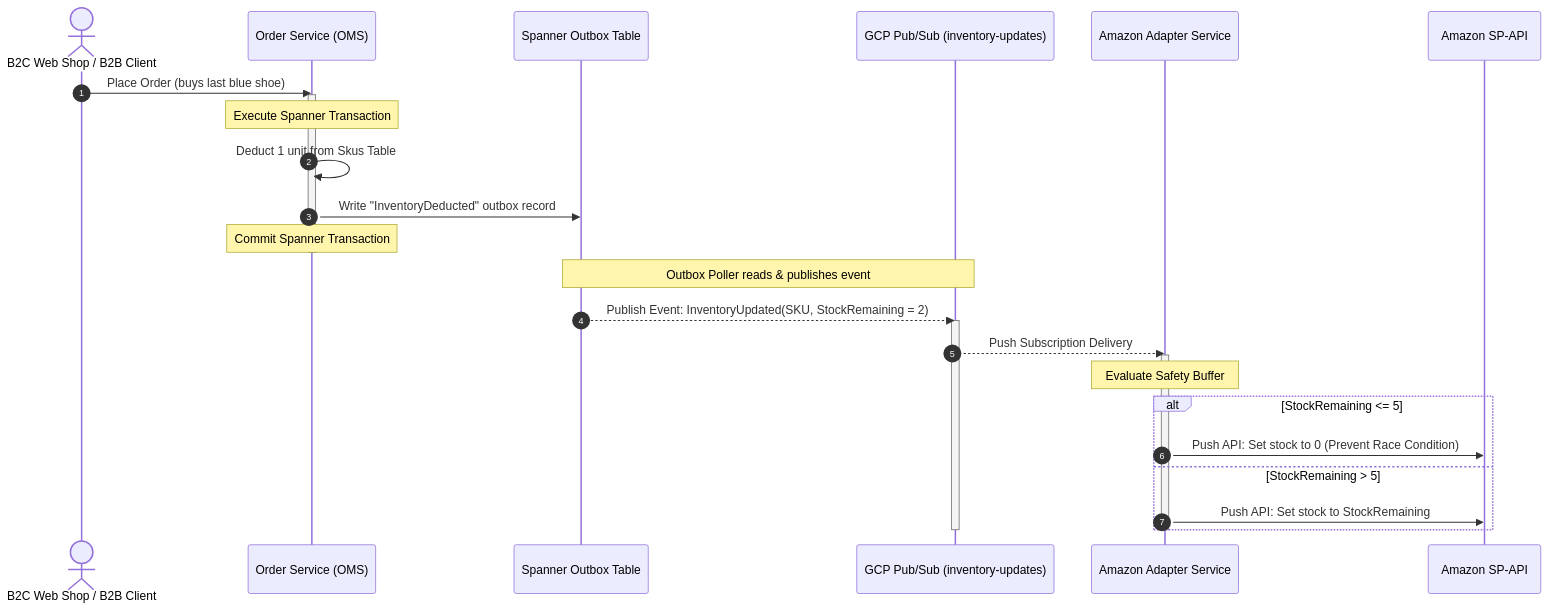
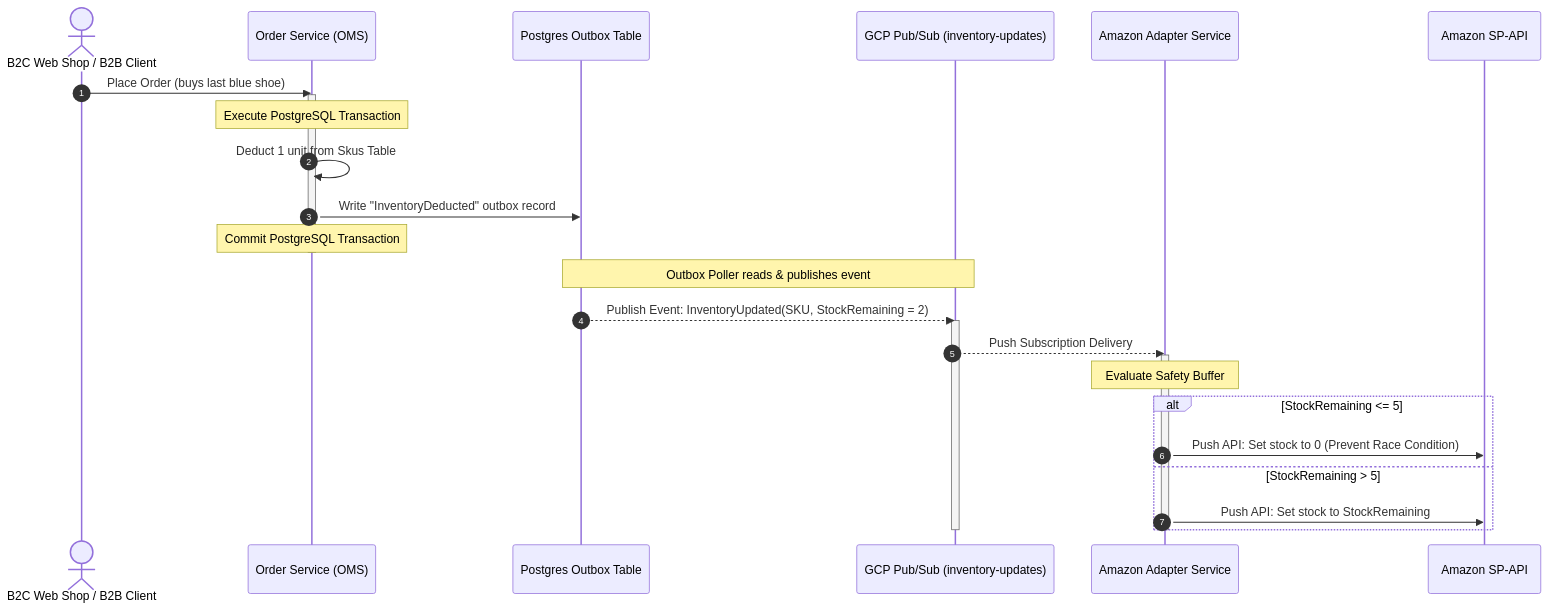
Before and after one commit to drapic88/abysalto-webshop: the second of 2 diagrams in doc/marketplace_integration.md, drawn with Mermaid. The commit also changed other lines of this file and 7 other files, not shown here.

Commit message:
Replace Cloud Spanner with PostgreSQL

````diff
--- a/doc/marketplace_integration.md
+++ b/doc/marketplace_integration.md
@@ -110,33 +110,33 @@
 ```mermaid
 sequenceDiagram
     autonumber
     actor Customer as B2C Web Shop / B2B Client
     participant Checkout as Order Service (OMS)
-    participant Outbox as Spanner Outbox Table
+    participant Outbox as Postgres Outbox Table
     participant PubSub as GCP Pub/Sub (inventory-updates)
     participant Adapter as Amazon Adapter Service
     participant External as Amazon SP-API
 
     Customer->>Checkout: Place Order (buys last blue shoe)
     activate Checkout
-    Note over Checkout: Execute Spanner Transaction
+    Note over Checkout: Execute PostgreSQL Transaction
     Checkout->>Checkout: Deduct 1 unit from Skus Table
     Checkout->>Outbox: Write "InventoryDeducted" outbox record
-    Note over Checkout: Commit Spanner Transaction
+    Note over Checkout: Commit PostgreSQL Transaction
     deactivate Checkout
     
     Note over Outbox,PubSub: Outbox Poller reads & publishes event
     Outbox-->>PubSub: Publish Event: InventoryUpdated(SKU, StockRemaining = 2)
     activate PubSub
     PubSub-->>Adapter: Push Subscription Delivery
     activate Adapter
     
     Note over Adapter: Evaluate Safety Buffer
     alt StockRemaining <= 5
         Adapter->>External: Push API: Set stock to 0 (Prevent Race Condition)
     else StockRemaining > 5
         Adapter->>External: Push API: Set stock to StockRemaining
     end
     deactivate Adapter
     deactivate PubSub
 ```
````
